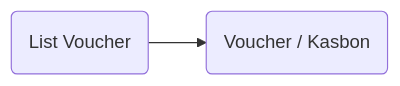
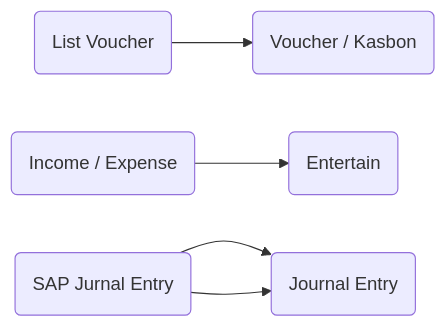
The second of 2 diagrams in cnw_je_doc.md (andyut/cnw_doc), drawn with Mermaid before and after one commit. The commit also changed other lines of this file, not shown here.

````diff
--- a/cnw_je_doc.md
+++ b/cnw_je_doc.md
@@ -26,5 +26,8 @@
 ```mermaid
 graph LR
 A(List Voucher) --> A1(Voucher / Kasbon)
+B(Income / Expense) --> B1(Entertain)
+C(SAP Jurnal Entry) --> C1(Journal Entry)
+C(SAP Jurnal Entry) --> C1(Journal Entry)
 
 ```
````
